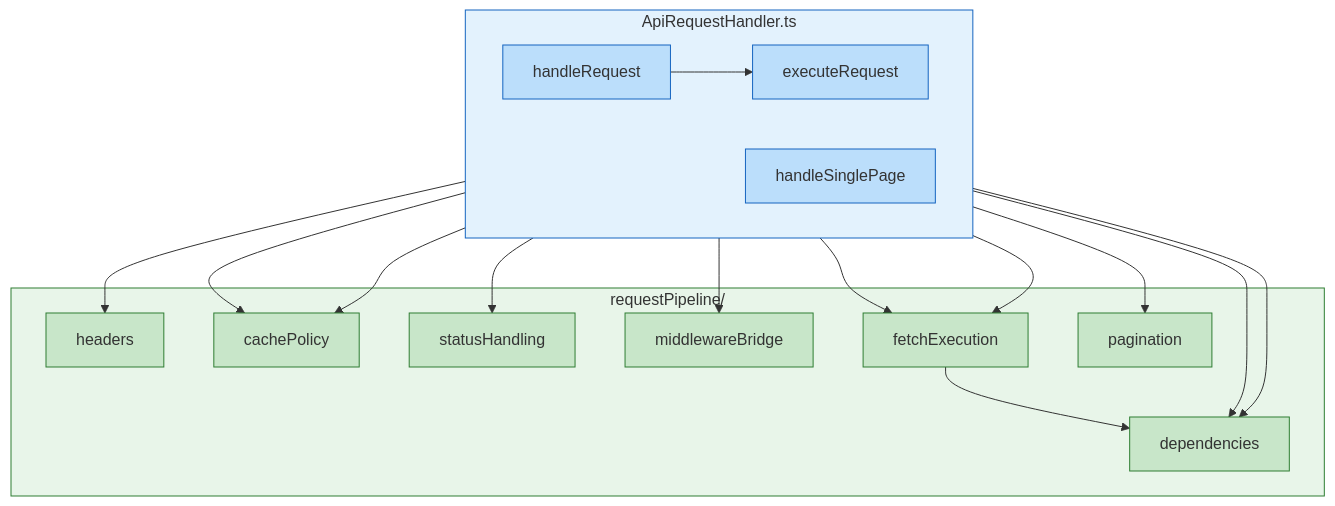
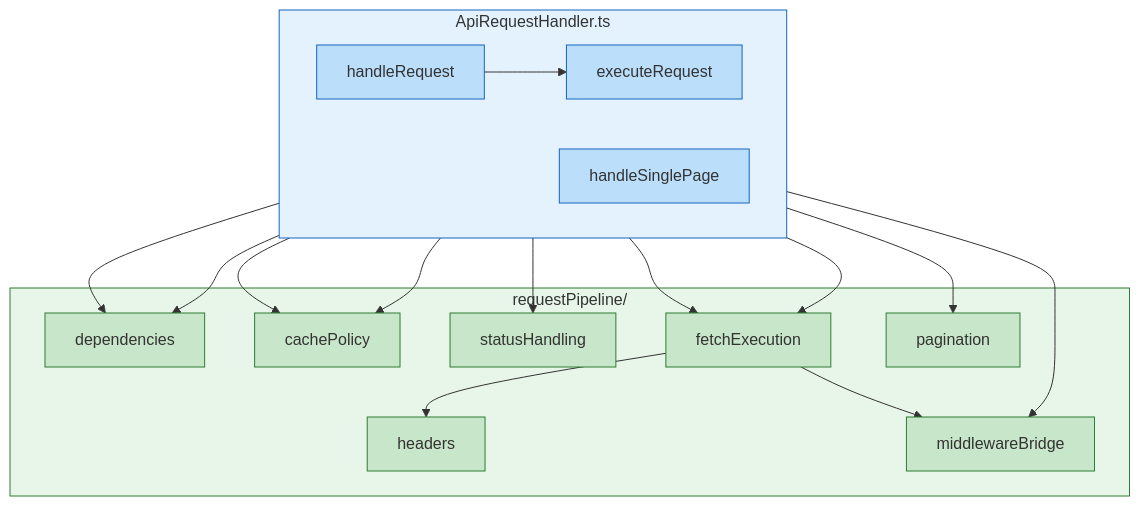
The third of 14 diagrams in guides/ARCHITECTURE.md (lgriffin/ESI.ts), drawn with Mermaid before and after one commit. The commit also changed other lines of this file and 17 other files, not shown here.

First line of the commit message:
docs(guides): write the charter guides and retire docs/

````diff
--- a/guides/ARCHITECTURE.md
+++ b/guides/ARCHITECTURE.md
@@ -115,45 +136,45 @@
 ```mermaid
 flowchart TB
     subgraph coordinator ["ApiRequestHandler.ts"]
         direction LR
         handleReq["handleRequest"]
         handleSingle["handleSinglePage"]
         execReq["executeRequest"]
     end
 
     subgraph pipelineMods ["requestPipeline/"]
         deps["dependencies"]
         headers["headers"]
         cache["cachePolicy"]
         status["statusHandling"]
         mwBridge["middlewareBridge"]
         fetchExec["fetchExecution"]
         pagOrch["pagination"]
     end
 
     handleReq --> cache
     handleReq --> deps
     handleReq --> execReq
     handleSingle --> fetchExec
     handleSingle --> deps
-    execReq --> headers
-    execReq --> mwBridge
     execReq --> fetchExec
     execReq --> status
     execReq --> cache
     execReq --> pagOrch
-    fetchExec --> deps
+    execReq --> mwBridge
+    fetchExec --> headers
+    fetchExec --> mwBridge
 
     style coordinator fill:#e3f2fd,stroke:#1565c0
     style pipelineMods fill:#e8f5e9,stroke:#2e7d32
     style handleReq fill:#bbdefb,stroke:#1565c0
     style handleSingle fill:#bbdefb,stroke:#1565c0
     style execReq fill:#bbdefb,stroke:#1565c0
     style deps fill:#c8e6c9,stroke:#2e7d32
     style headers fill:#c8e6c9,stroke:#2e7d32
     style cache fill:#c8e6c9,stroke:#2e7d32
     style status fill:#c8e6c9,stroke:#2e7d32
     style mwBridge fill:#c8e6c9,stroke:#2e7d32
     style fetchExec fill:#c8e6c9,stroke:#2e7d32
     style pagOrch fill:#c8e6c9,stroke:#2e7d32
 ```
````
